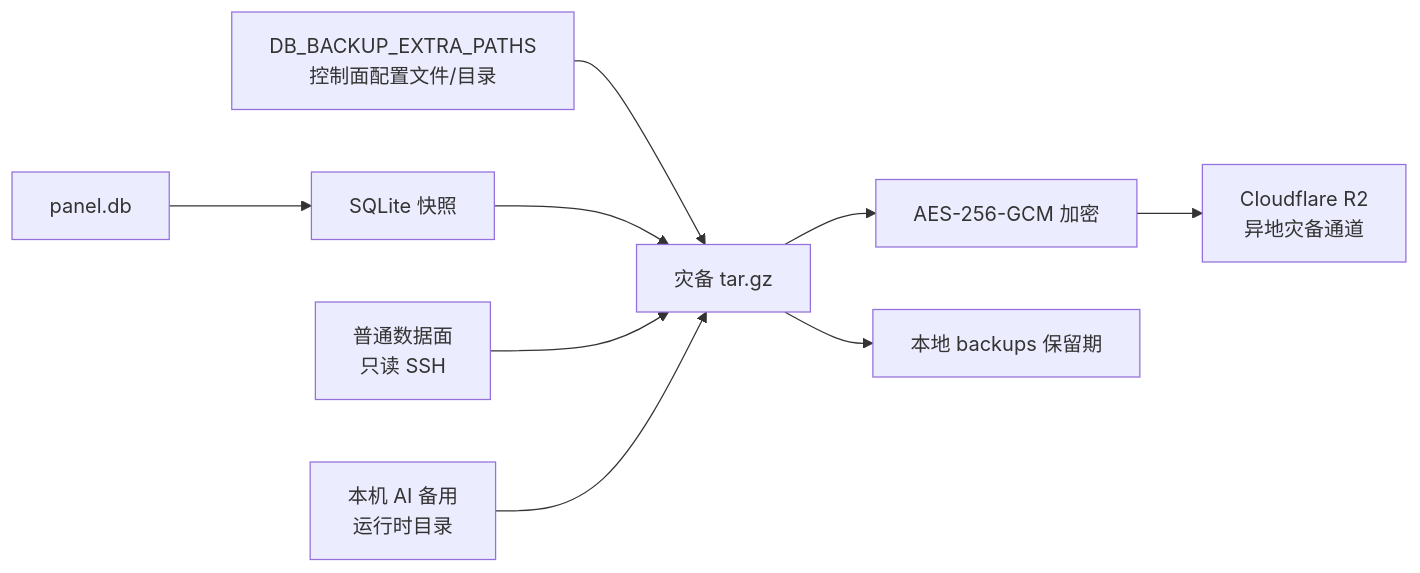
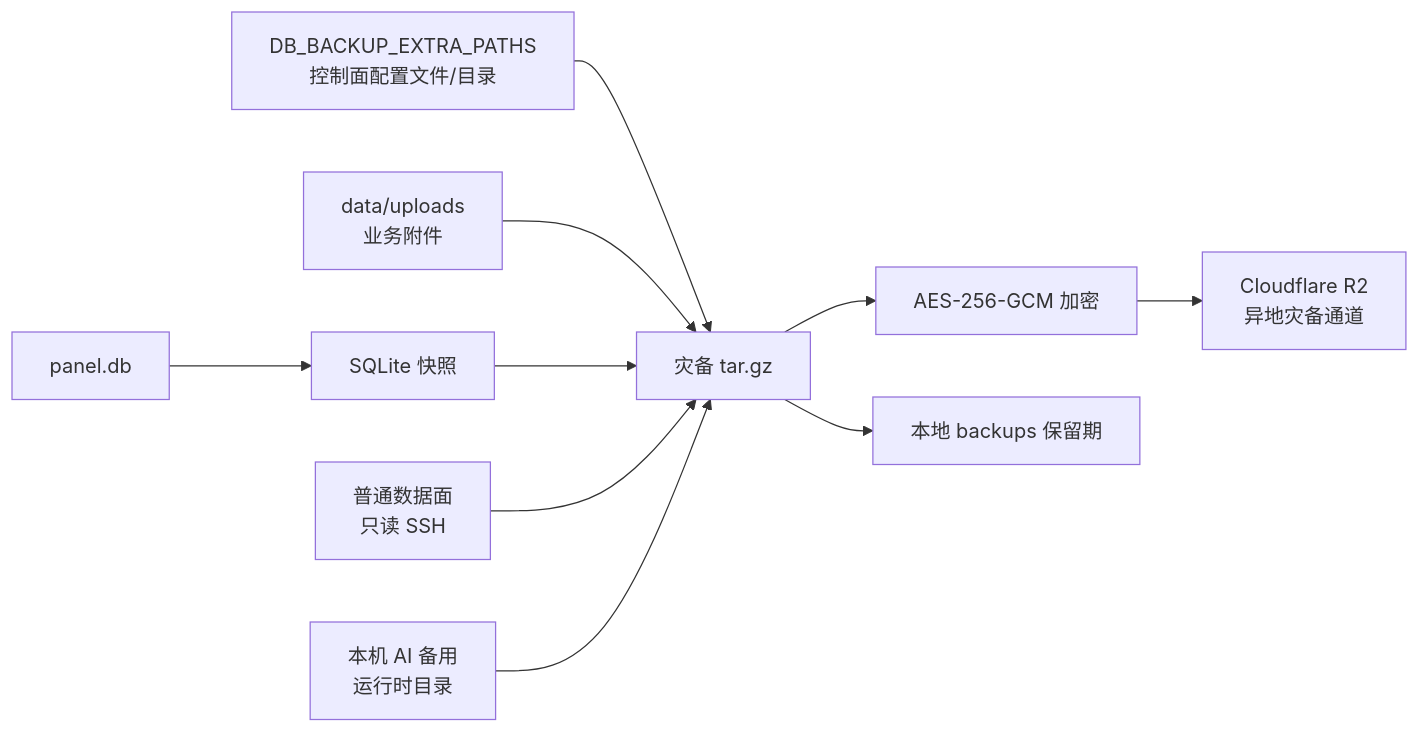
Before and after one commit to i-zrhe2016/ai-routing-panel: the diagram in docs/disaster-backup.md, drawn with Mermaid. The commit also changed other lines of this file and 28 other files, not shown here.

````diff
--- a/docs/disaster-backup.md
+++ b/docs/disaster-backup.md
@@ -14,11 +14,12 @@
 ```mermaid
 flowchart LR
     P[panel.db] --> B[SQLite 快照]
     C[DB_BACKUP_EXTRA_PATHS<br/>控制面配置文件/目录] --> D[灾备 tar.gz]
+    U[data/uploads<br/>业务附件] --> D
     B --> D
     N[普通数据面<br/>只读 SSH] --> D
     I[本机 AI 备用<br/>运行时目录] --> D
     D --> E[AES-256-GCM 加密]
     E --> F[Cloudflare R2<br/>异地灾备通道]
     D --> H[本地 backups 保留期]
 ```
````
